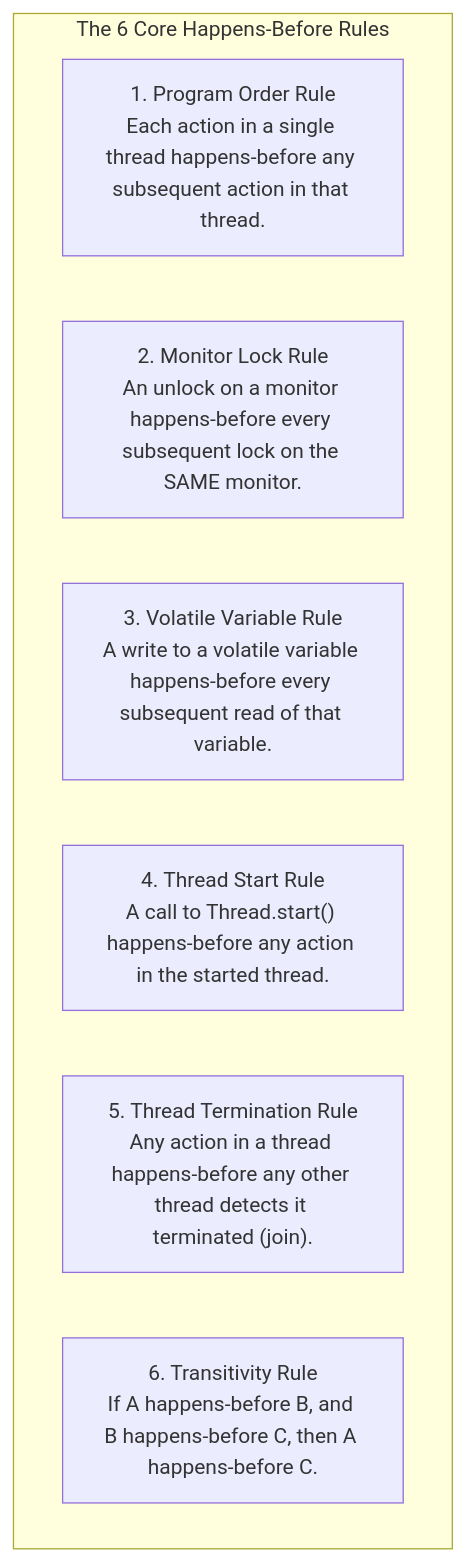
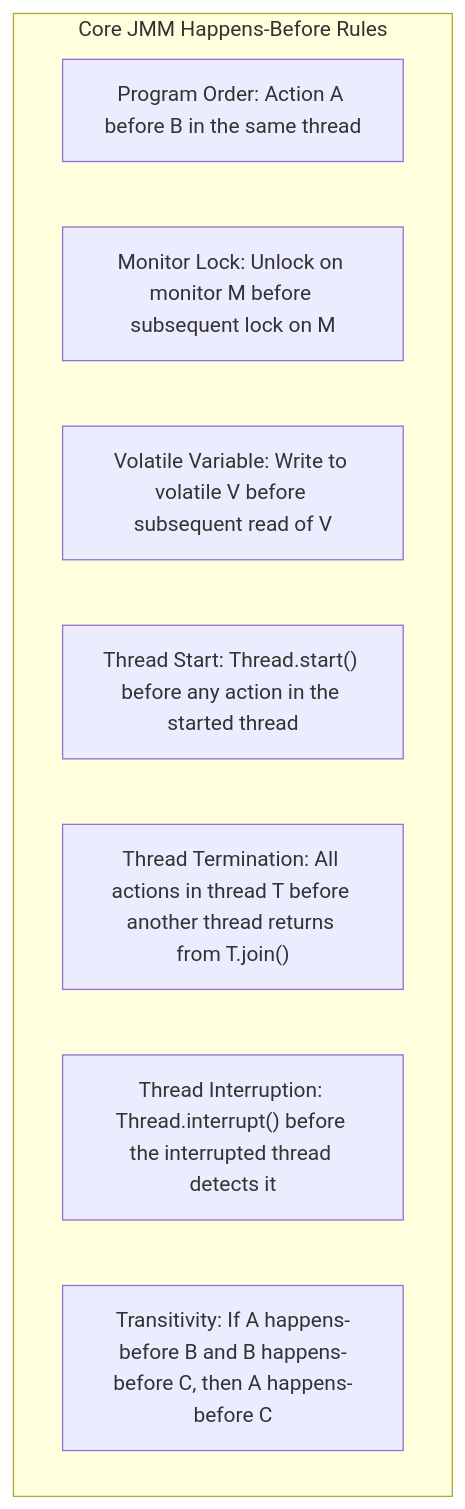
The third of 4 diagrams in content/roadmap/level-5/the-java-memory-model-jmm.md (ravishankar2463/java_hub), drawn with Mermaid before and after one commit. The commit also changed other lines of this file and 119 other files, not shown here.

Commit message:
feat: add comprehensive java learning roadmap content across multiple levels

````diff
--- a/content/roadmap/level-5/the-java-memory-model-jmm.md
+++ b/content/roadmap/level-5/the-java-memory-model-jmm.md
@@ -215,11 +230,12 @@
 ```mermaid
 flowchart TD
-    subgraph HappensBeforeRules ["The 6 Core Happens-Before Rules"]
-        R1["1. Program Order Rule<br/>Each action in a single thread happens-before any subsequent action in that thread."]
-        R2["2. Monitor Lock Rule<br/>An unlock on a monitor happens-before every subsequent lock on the SAME monitor."]
-        R3["3. Volatile Variable Rule<br/>A write to a volatile variable happens-before every subsequent read of that variable."]
-        R4["4. Thread Start Rule<br/>A call to Thread.start() happens-before any action in the started thread."]
-        R5["5. Thread Termination Rule<br/>Any action in a thread happens-before any other thread detects it terminated (join)."]
-        R6["6. Transitivity Rule<br/>If A happens-before B, and B happens-before C, then A happens-before C."]
+    subgraph CoreRules["Core JMM Happens-Before Rules"]
+        PO["Program Order: Action A before B in the same thread"]
+        ML["Monitor Lock: Unlock on monitor M before subsequent lock on M"]
+        VV["Volatile Variable: Write to volatile V before subsequent read of V"]
+        TS["Thread Start: Thread.start() before any action in the started thread"]
+        TJ["Thread Termination: All actions in thread T before another thread returns from T.join()"]
+        TI["Thread Interruption: Thread.interrupt() before the interrupted thread detects it"]
+        TR["Transitivity: If A happens-before B and B happens-before C, then A happens-before C"]
     end
 ```
````
